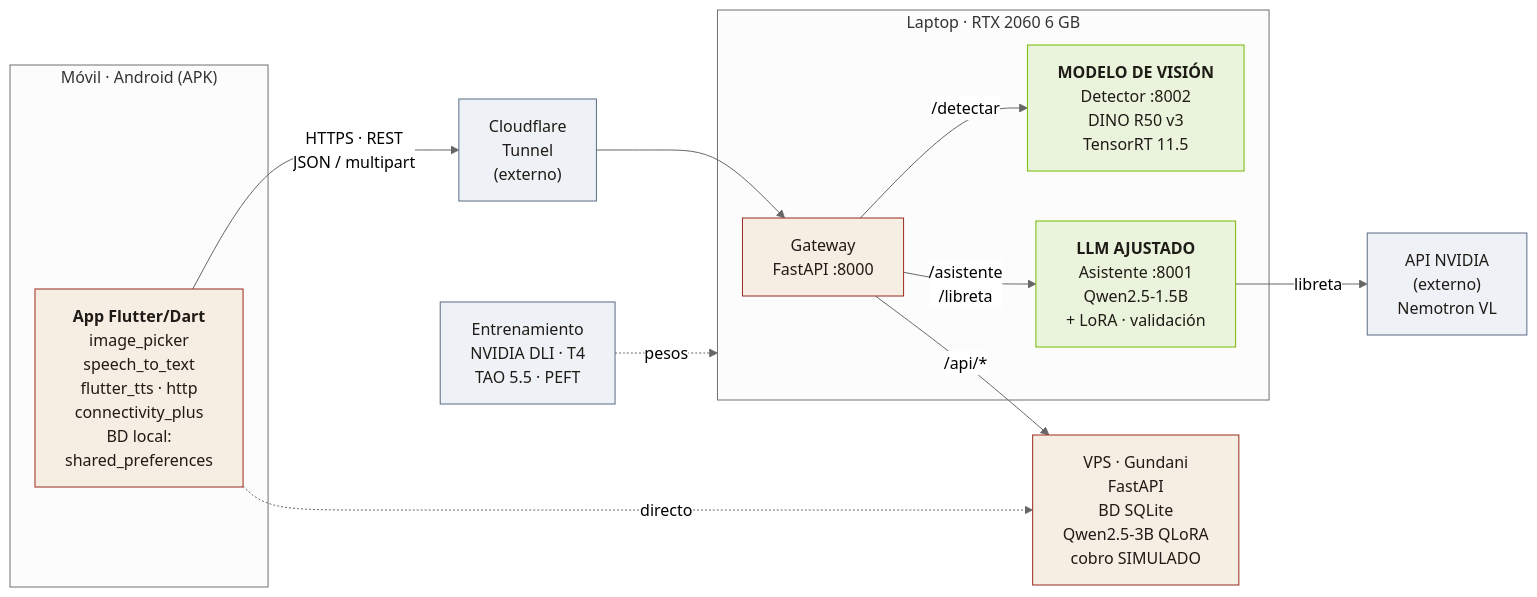
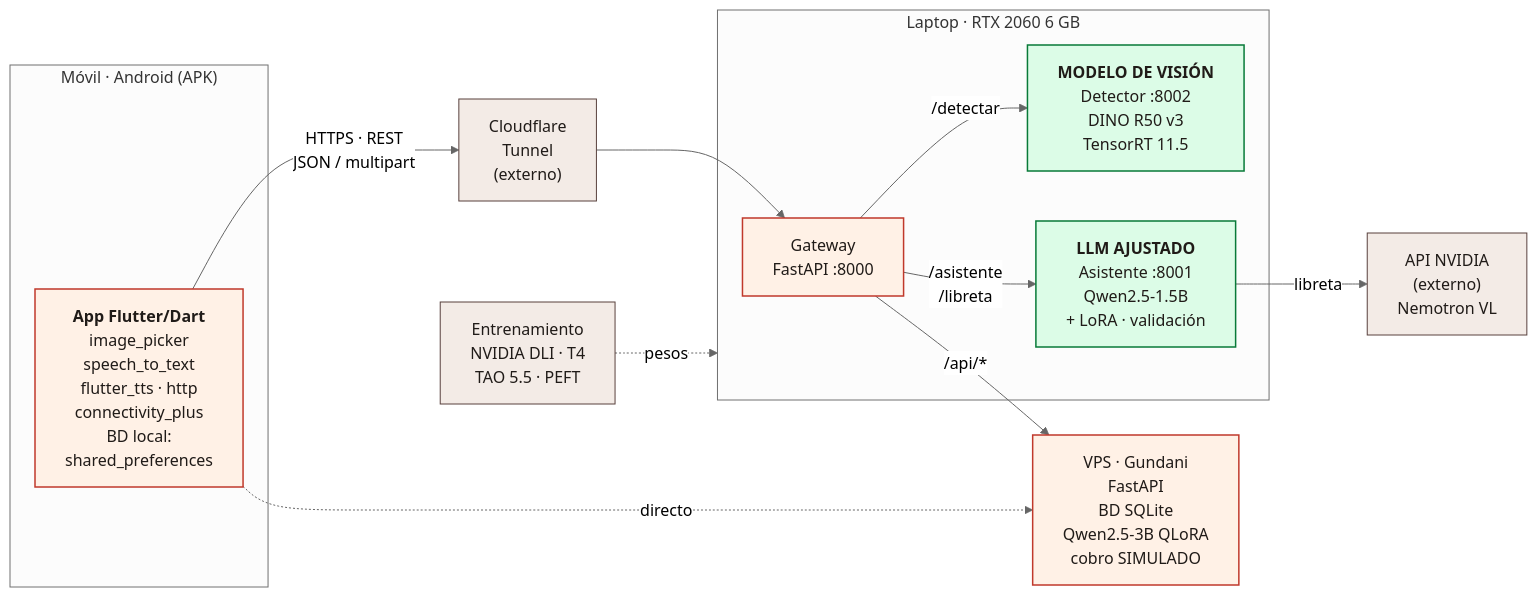
The diagram in docs/entregas/img/arq.mmd (Rene3FG/caja-clara), drawn with Mermaid (neutral theme) before and after one commit. The commit also changed 9 other files, not shown here.

```diff
--- a/docs/entregas/img/arq.mmd
+++ b/docs/entregas/img/arq.mmd
@@ -1,21 +1,21 @@
 flowchart LR
   subgraph M["Móvil · Android (APK)"]
     A["<b>App Flutter/Dart</b><br/>image_picker<br/>speech_to_text<br/>flutter_tts · http<br/>connectivity_plus<br/>BD local:<br/>shared_preferences"]
   end
   A -- "HTTPS · REST<br/>JSON / multipart" --> T["Cloudflare<br/>Tunnel<br/>(externo)"]
   subgraph L["Laptop · RTX 2060 6 GB"]
     G["Gateway<br/>FastAPI :8000"]
     D["<b>MODELO DE VISIÓN</b><br/>Detector :8002<br/>DINO R50 v3<br/>TensorRT 11.5"]
     S["<b>LLM AJUSTADO</b><br/>Asistente :8001<br/>Qwen2.5-1.5B<br/>+ LoRA · validación"]
     G -- "/detectar" --> D
     G -- "/asistente<br/>/libreta" --> S
   end
   T --> G
   S -- "libreta" --> N["API NVIDIA<br/>(externo)<br/>Nemotron VL"]
   G -- "/api/*" --> V["VPS · Gundani<br/>FastAPI<br/>BD SQLite<br/>Qwen2.5-3B QLoRA<br/>cobro SIMULADO"]
   A -. "directo" .-> V
   E["Entrenamiento<br/>NVIDIA DLI · T4<br/>TAO 5.5 · PEFT"] -. "pesos" .-> L
-  classDef nv fill:#eaf4dc,stroke:#76b900,color:#1f1b16;
-  classDef x fill:#f6ede3,stroke:#9a2a1e,color:#1f1b16;
-  classDef ext fill:#eef2f7,stroke:#5a6b85,color:#1f1b16;
+  classDef nv fill:#DCFCE7,stroke:#087A38,stroke-width:1.5px,color:#201B18;
+  classDef x fill:#FFF1E6,stroke:#C0392B,stroke-width:1.5px,color:#201B18;
+  classDef ext fill:#F3EBE6,stroke:#59413D,color:#201B18;
   class D,S nv; class A,G,V x; class T,N,E ext;
```
